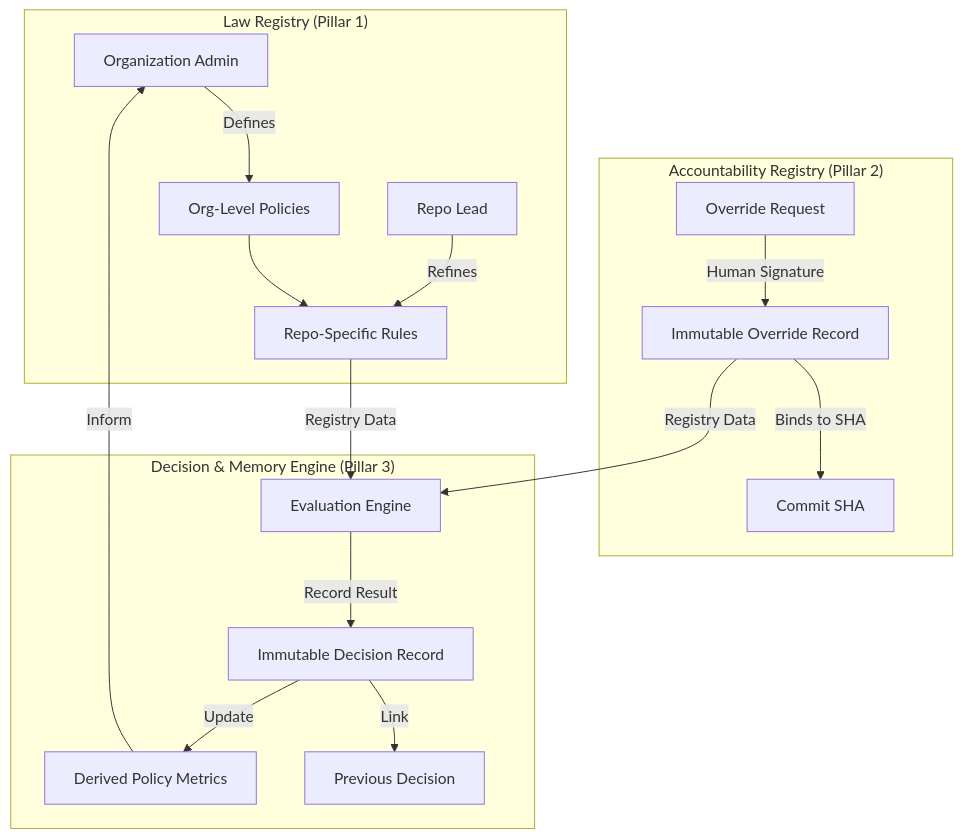
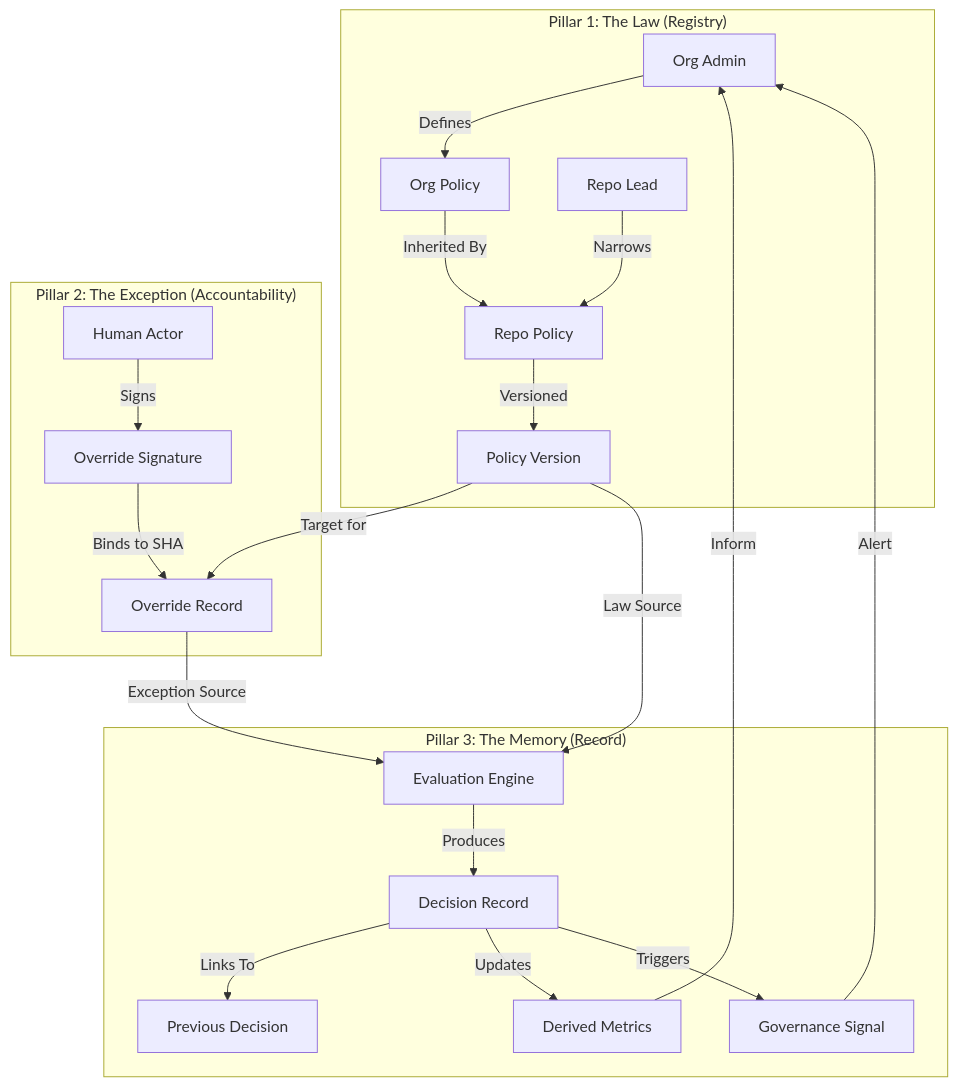
Before and after one commit to zaxionhq/Zaxion: the diagram in docs/PHASE_4_LOCK.md, drawn with Mermaid. The commit also changed other lines of this file, not shown here.

Commit message:
chore(phase-4): freeze backend pillars 1-3 as complete governance foundation

````diff
--- a/docs/PHASE_4_LOCK.md
+++ b/docs/PHASE_4_LOCK.md
@@ -31,22 +14,26 @@
 ```mermaid
 graph TD
-    subgraph "Law Registry (Pillar 1)"
-        Org[Organization Admin] -->|Defines| OrgPolicy[Org-Level Policies]
-        RepoOwner[Repo Lead] -->|Refines| RepoPolicy[Repo-Specific Rules]
-        OrgPolicy --> RepoPolicy
+    subgraph "Pillar 1: The Law (Registry)"
+        Org[Org Admin] -->|Defines| OrgPolicy[Org Policy]
+        Repo[Repo Lead] -->|Narrows| RepoPolicy[Repo Policy]
+        OrgPolicy -->|Inherited By| RepoPolicy
+        RepoPolicy -->|Versioned| PV[Policy Version]
     end
 
-    subgraph "Accountability Registry (Pillar 2)"
-        Request[Override Request] -->|Human Signature| SignedRecord[Immutable Override Record]
-        SignedRecord -->|Binds to SHA| CodeState[Commit SHA]
+    subgraph "Pillar 2: The Exception (Accountability)"
+        Human[Human Actor] -->|Signs| Sig[Override Signature]
+        Sig -->|Binds to SHA| Ovr[Override Record]
+        PV -->|Target for| Ovr
     end
 
-    subgraph "Decision & Memory Engine (Pillar 3)"
-        RepoPolicy -->|Registry Data| DecisionEngine[Evaluation Engine]
-        SignedRecord -->|Registry Data| DecisionEngine
-        DecisionEngine -->|Record Result| Decision[Immutable Decision Record]
-        Decision -->|Update| Metrics[Derived Policy Metrics]
-        Decision -->|Link| PrevDecision[Previous Decision]
+    subgraph "Pillar 3: The Memory (Record)"
+        PV -->|Law Source| Eval[Evaluation Engine]
+        Ovr -->|Exception Source| Eval
+        Eval -->|Produces| Dec[Decision Record]
+        Dec -->|Links To| PrevDec[Previous Decision]
+        Dec -->|Updates| Metrics[Derived Metrics]
+        Dec -->|Triggers| Signal[Governance Signal]
         Metrics -->|Inform| Org
+        Signal -->|Alert| Org
     end
 ```
````
